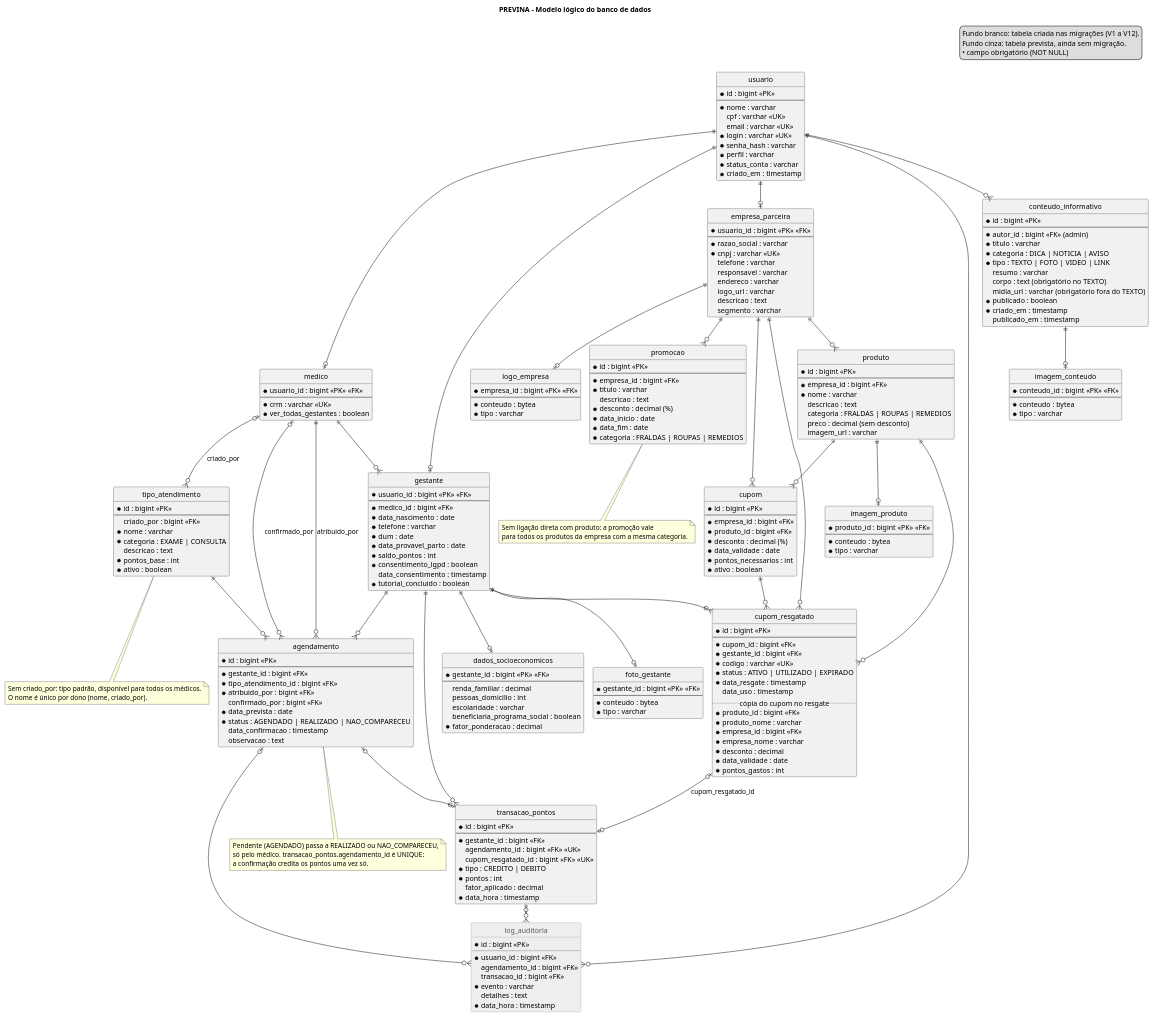
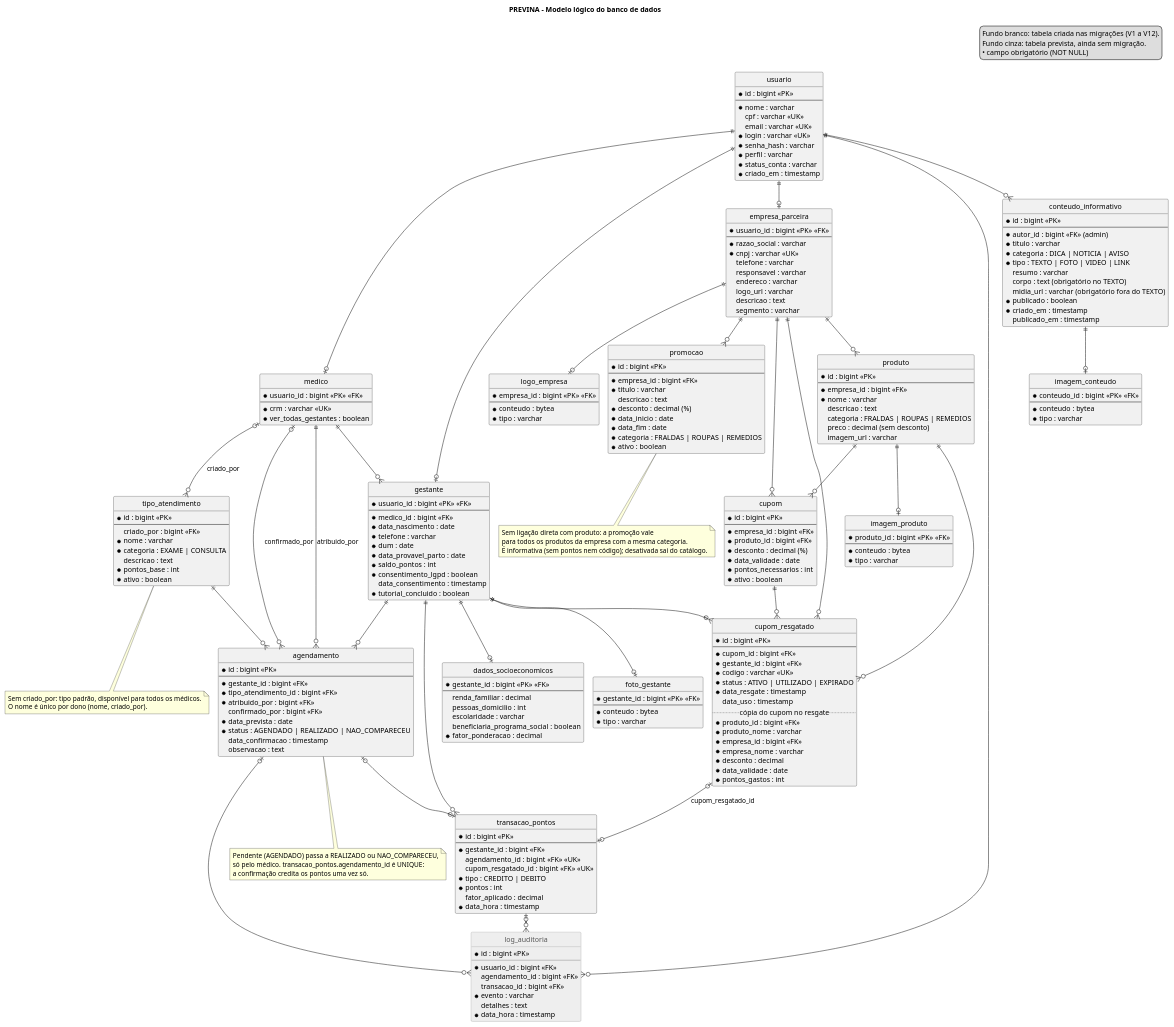
Before and after one commit to CozyShelf/previna-backend: the diagram in docs/domain/dominio/dominio.puml, drawn with PlantUML. The commit also changed 11 other files, not shown here.

First line of the commit message:
feat: ativar e desativar promoção; desativada sai do catálogo de ofertas

```diff
--- a/docs/domain/dominio/dominio.puml
+++ b/docs/domain/dominio/dominio.puml
@@ -114,6 +114,7 @@
   * data_inicio : date
   * data_fim : date
   * categoria : FRALDAS | ROUPAS | REMEDIOS
+  * ativo : boolean
 }
 
 entity cupom {
@@ -264,6 +265,7 @@
 note bottom of promocao
   Sem ligação direta com produto: a promoção vale
   para todos os produtos da empresa com a mesma categoria.
+  É informativa (sem pontos nem código); desativada sai do catálogo.
 end note
 
 @enduml
```
